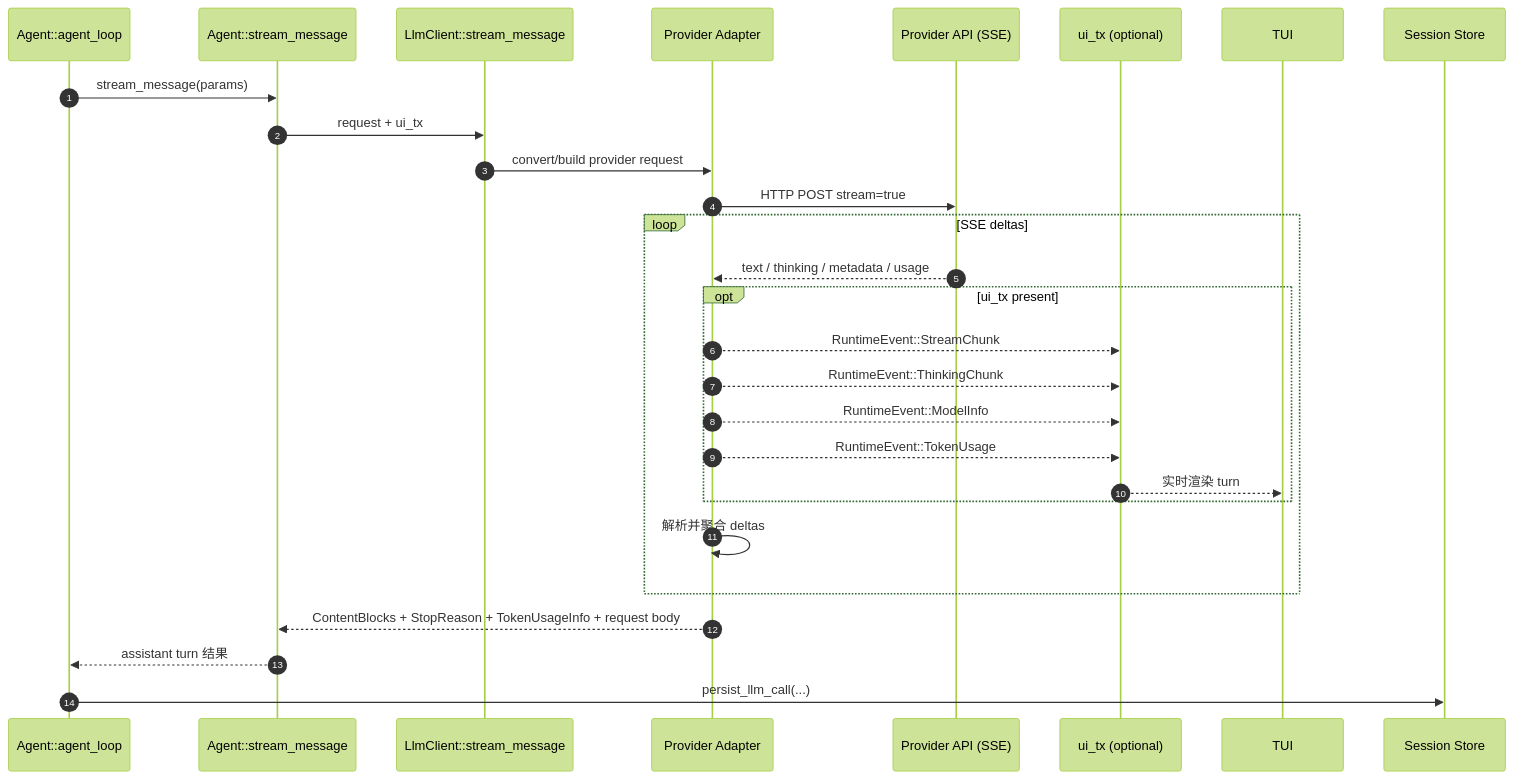
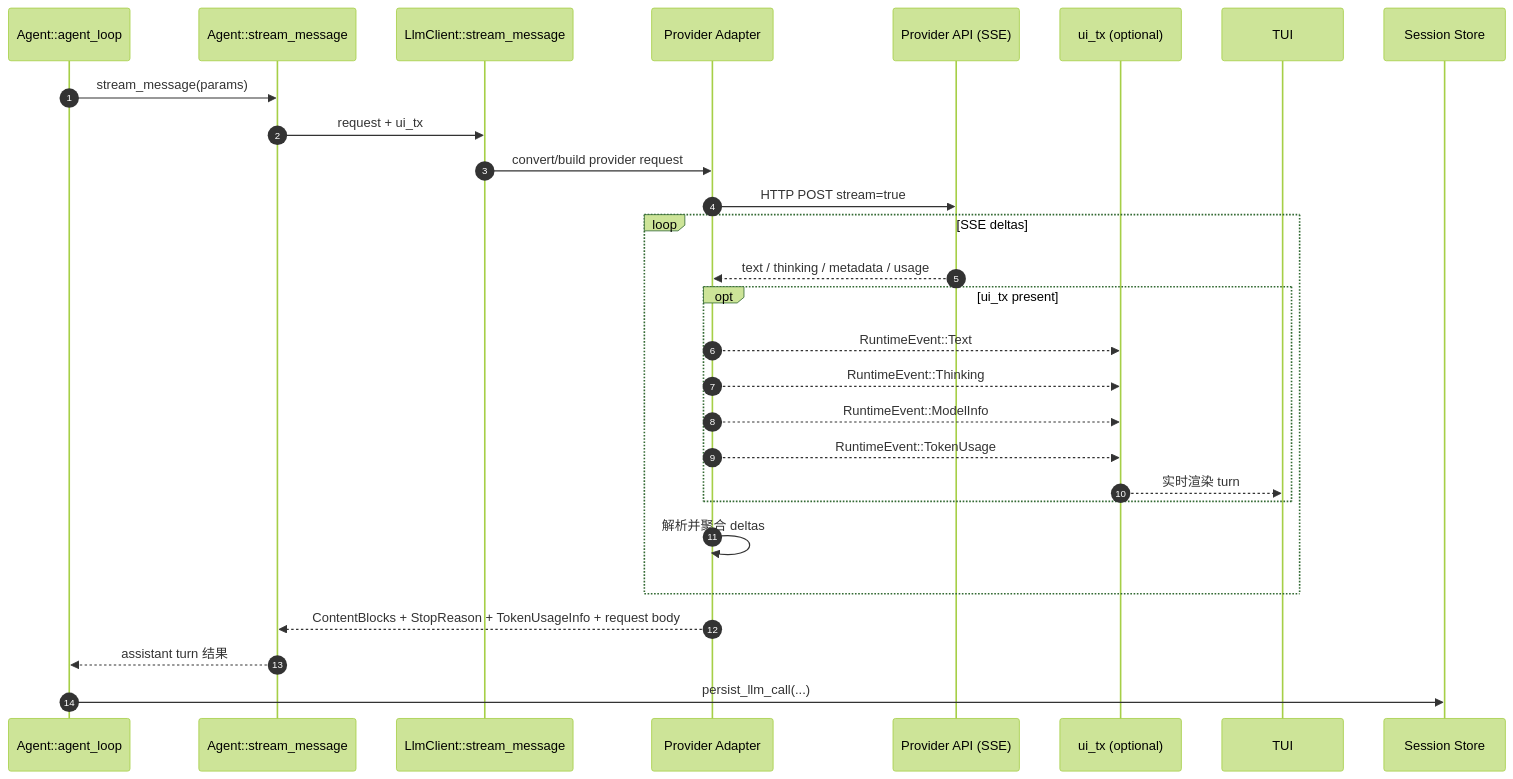
Before and after one commit to rust-infra/tact: the third of 5 diagrams in book/22_chapter_llm_zh.md, drawn with Mermaid (forest theme). The commit also changed other lines of this file and 8 other files, not shown here.

First line of the commit message:
docs(book): the gone RuntimeEvent variants, chapter pass

````diff
--- a/book/22_chapter_llm_zh.md
+++ b/book/22_chapter_llm_zh.md
@@ -213,31 +213,31 @@
 ```mermaid
 sequenceDiagram
     autonumber
     participant AgentLoop as Agent::agent_loop
     participant Agent as Agent::stream_message
     participant Client as LlmClient::stream_message
     participant Adapter as Provider Adapter
     participant API as Provider API (SSE)
     participant UI as ui_tx (optional)
     participant TUI as TUI
     participant Store as Session Store
 
     AgentLoop->>Agent: stream_message(params)
     Agent->>Client: request + ui_tx
     Client->>Adapter: convert/build provider request
     Adapter->>API: HTTP POST stream=true
     loop SSE deltas
         API-->>Adapter: text / thinking / metadata / usage
         opt ui_tx present
-            Adapter-->>UI: RuntimeEvent::StreamChunk
-            Adapter-->>UI: RuntimeEvent::ThinkingChunk
+            Adapter-->>UI: RuntimeEvent::Text
+            Adapter-->>UI: RuntimeEvent::Thinking
             Adapter-->>UI: RuntimeEvent::ModelInfo
             Adapter-->>UI: RuntimeEvent::TokenUsage
             UI-->>TUI: 实时渲染 turn
         end
         Adapter->>Adapter: 解析并聚合 deltas
     end
     Adapter-->>Agent: ContentBlocks + StopReason + TokenUsageInfo + request body
     Agent-->>AgentLoop: assistant turn 结果
     AgentLoop->>Store: persist_llm_call(...)
 ```
````
